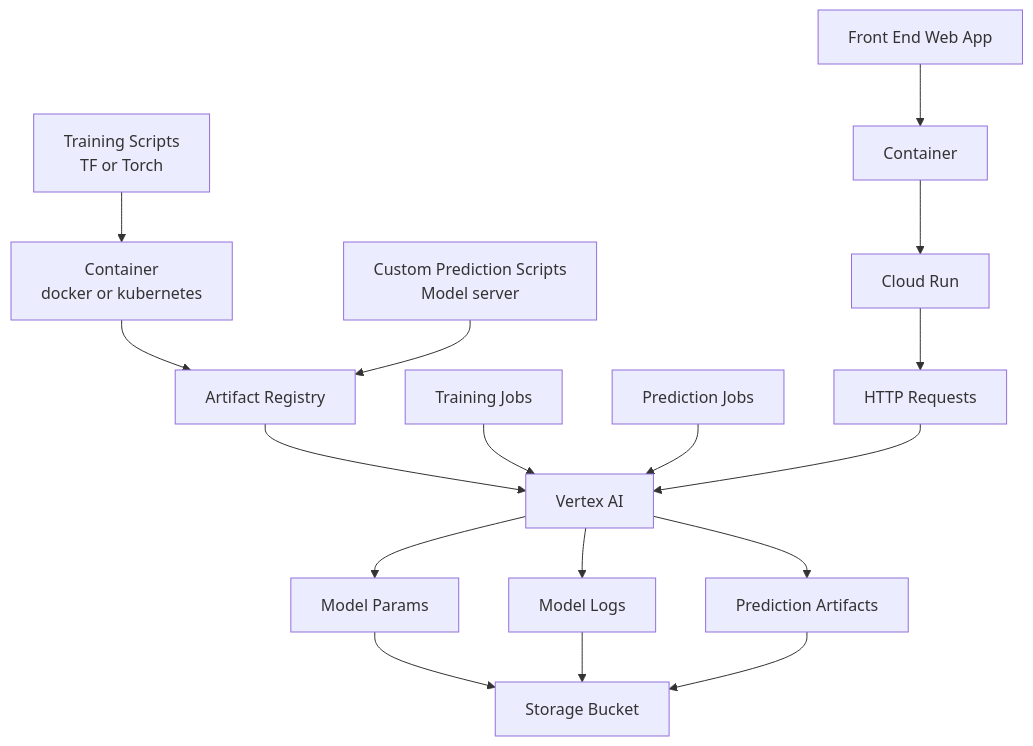
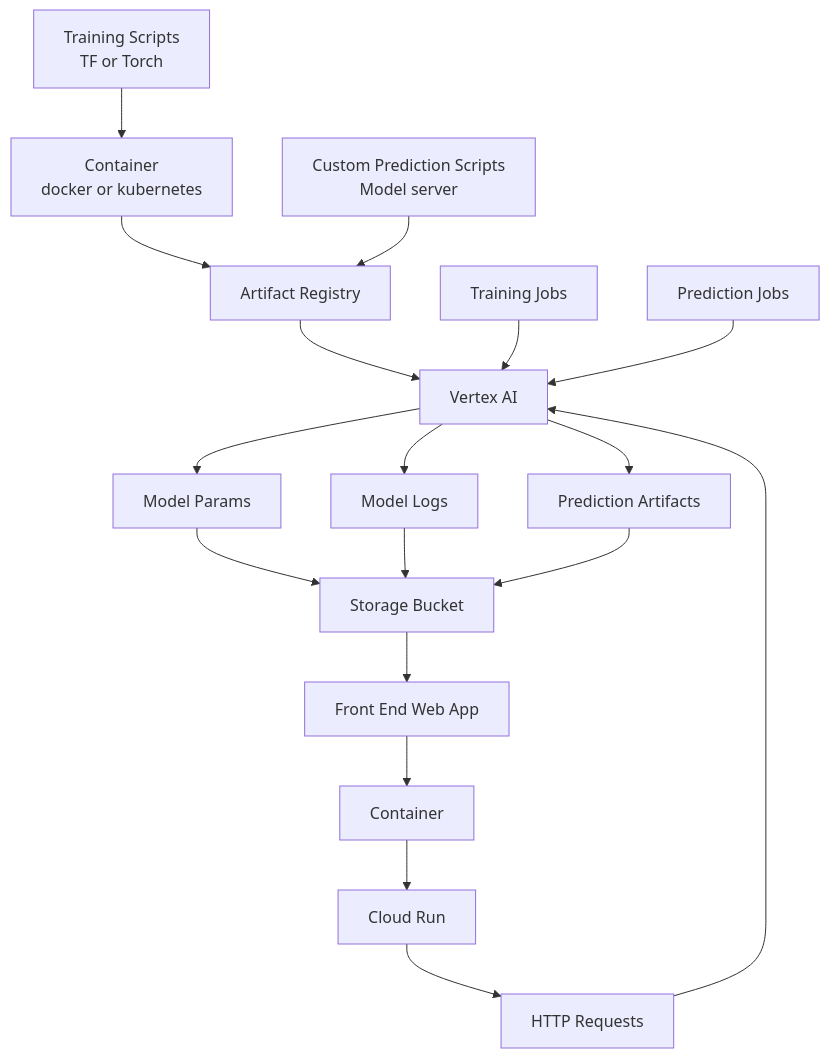
The diagram in ReadMe.md (nuEGil/NotesOnTextTasks), drawn with Mermaid before and after one commit.

````diff
--- a/ReadMe.md
+++ b/ReadMe.md
@@ -41,20 +41,21 @@
 ```mermaid
 graph TD;
     A[Training Scripts<br/>TF or Torch<br/>]-->B[Container<br/>docker or kubernetes];
     B-->C[Artifact Registry];
     D[Custom Prediction Scripts<br/>Model server<br/>]-->C;
     C-->E[Vertex AI];
     F[Training Jobs]-->E;
     G[Prediction Jobs]-->E;
     E-->H[Model Params] & I[Model Logs] & J[Prediction Artifacts];
     H & I & J -->K[Storage Bucket];
     L[Front End Web App]-->M[Container];
     M-->N[Cloud Run];
     N-->O[HTTP Requests];
     O-->E;
-    
+    K-->L;
+
 
     
 
     
 ```
````
